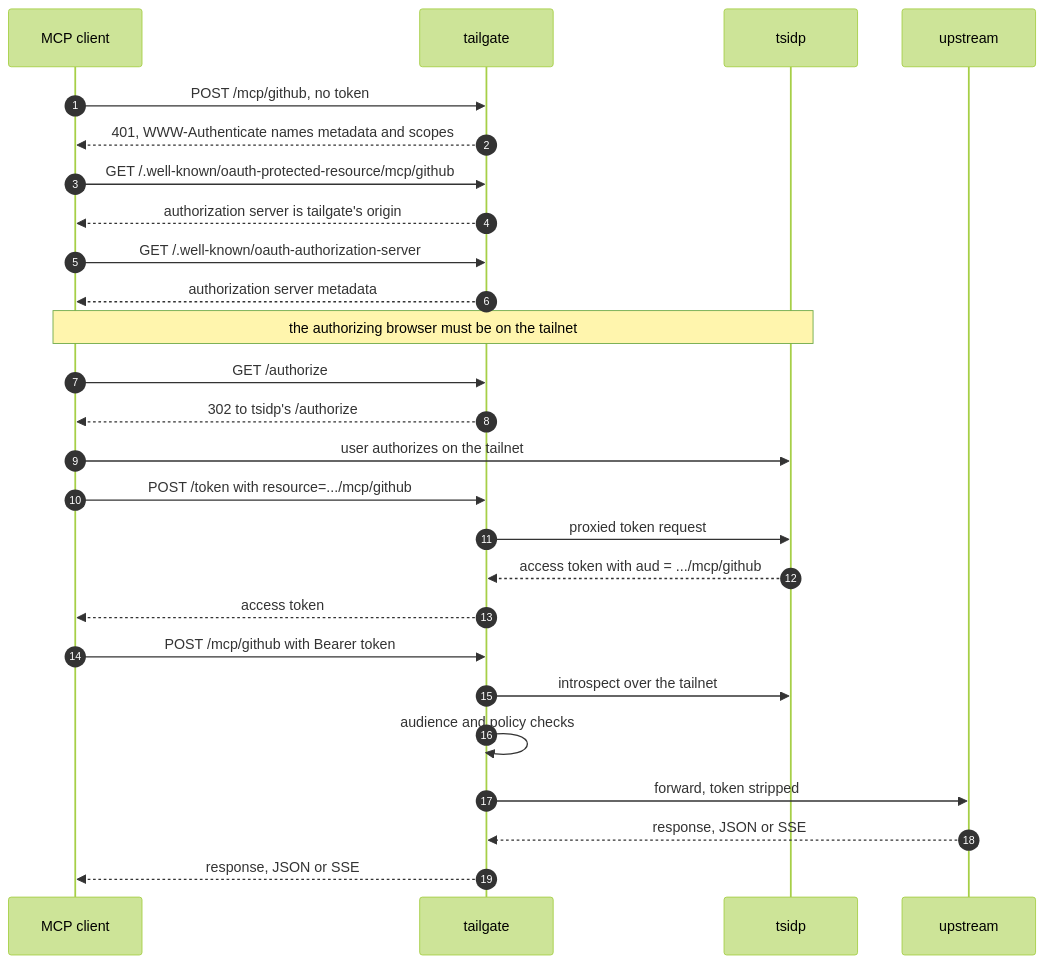
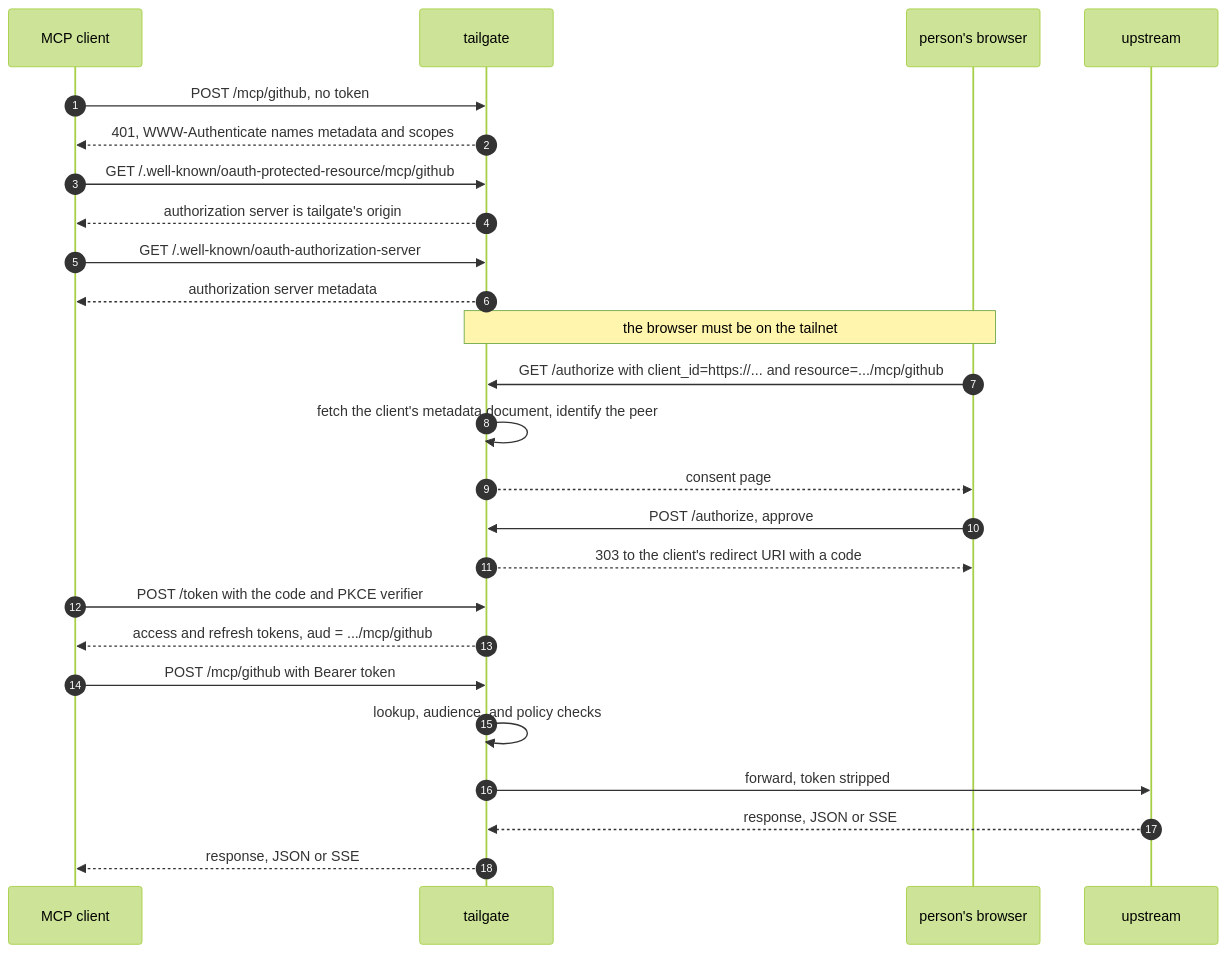
One commit to bendrucker/tailgate changed the diagram in docs/deploying.md. Above: the diagram before and after it, drawn with Mermaid (forest theme). The commit also changed other lines of this file and 19 other files, not shown here.

````diff
--- a/docs/deploying.md
+++ b/docs/deploying.md
@@ -95,29 +75,28 @@
 ```mermaid
 sequenceDiagram
   autonumber
   participant C as MCP client
   participant T as tailgate
-  participant I as tsidp
+  participant P as person's browser
   participant U as upstream
 
   C->>T: POST /mcp/github, no token
   T-->>C: 401, WWW-Authenticate names metadata and scopes
   C->>T: GET /.well-known/oauth-protected-resource/mcp/github
   T-->>C: authorization server is tailgate's origin
   C->>T: GET /.well-known/oauth-authorization-server
   T-->>C: authorization server metadata
-  Note over C,I: the authorizing browser must be on the tailnet
-  C->>T: GET /authorize
-  T-->>C: 302 to tsidp's /authorize
-  C->>I: user authorizes on the tailnet
-  C->>T: POST /token with resource=.../mcp/github
-  T->>I: proxied token request
-  I-->>T: access token with aud = .../mcp/github
-  T-->>C: access token
+  Note over P,T: the browser must be on the tailnet
+  P->>T: GET /authorize with client_id=https://... and resource=.../mcp/github
+  T->>T: fetch the client's metadata document, identify the peer
+  T-->>P: consent page
+  P->>T: POST /authorize, approve
+  T-->>P: 303 to the client's redirect URI with a code
+  C->>T: POST /token with the code and PKCE verifier
+  T-->>C: access and refresh tokens, aud = .../mcp/github
   C->>T: POST /mcp/github with Bearer token
-  T->>I: introspect over the tailnet
-  T->>T: audience and policy checks
+  T->>T: lookup, audience, and policy checks
   T->>U: forward, token stripped
   U-->>T: response, JSON or SSE
   T-->>C: response, JSON or SSE
 ```
````
